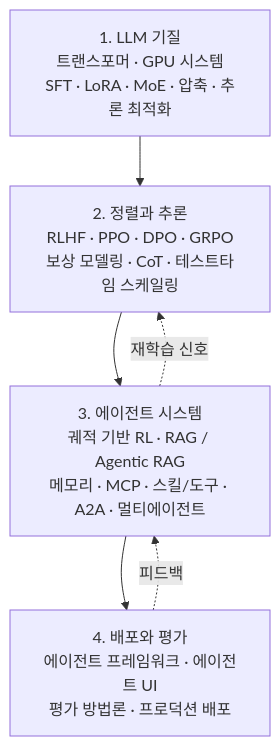
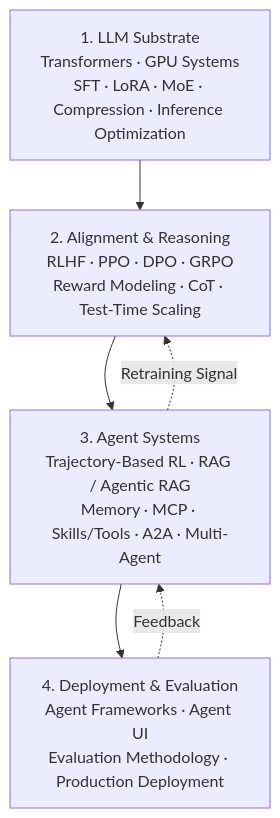
The diagram in _posts/en/research/2026-06-28-agentic-ai-hitchhikers-guide.md (ThakiCloud/thakicloud.github.io), drawn with Mermaid before and after one commit. The commit also changed 21 other files, not shown here.

First line of the commit message:
fix(blog): translate mermaid labels to post language (en/ar)

````diff
--- a/_posts/en/research/2026-06-28-agentic-ai-hitchhikers-guide.md
+++ b/_posts/en/research/2026-06-28-agentic-ai-hitchhikers-guide.md
@@ -45,8 +45,8 @@
 ```mermaid
 flowchart TB
-    A["1. LLM 기질<br/>트랜스포머 · GPU 시스템<br/>SFT · LoRA · MoE · 압축 · 추론 최적화"] --> B["2. 정렬과 추론<br/>RLHF · PPO · DPO · GRPO<br/>보상 모델링 · CoT · 테스트타임 스케일링"]
-    B --> C["3. 에이전트 시스템<br/>궤적 기반 RL · RAG / Agentic RAG<br/>메모리 · MCP · 스킬/도구 · A2A · 멀티에이전트"]
-    C --> D["4. 배포와 평가<br/>에이전트 프레임워크 · 에이전트 UI<br/>평가 방법론 · 프로덕션 배포"]
-    D -.피드백.-> C
-    C -.재학습 신호.-> B
+    A["1. LLM Substrate<br/>Transformers · GPU Systems<br/>SFT · LoRA · MoE · Compression · Inference Optimization"] --> B["2. Alignment & Reasoning<br/>RLHF · PPO · DPO · GRPO<br/>Reward Modeling · CoT · Test-Time Scaling"]
+    B --> C["3. Agent Systems<br/>Trajectory-Based RL · RAG / Agentic RAG<br/>Memory · MCP · Skills/Tools · A2A · Multi-Agent"]
+    C --> D["4. Deployment & Evaluation<br/>Agent Frameworks · Agent UI<br/>Evaluation Methodology · Production Deployment"]
+    D -.Feedback.-> C
+    C -.Retraining Signal.-> B
 ```
````
